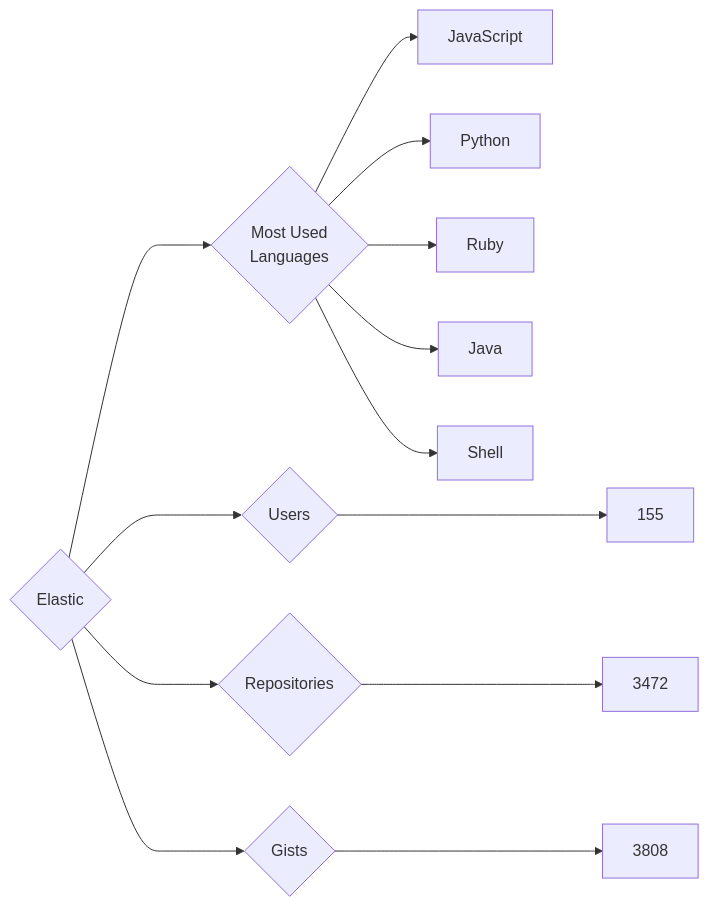
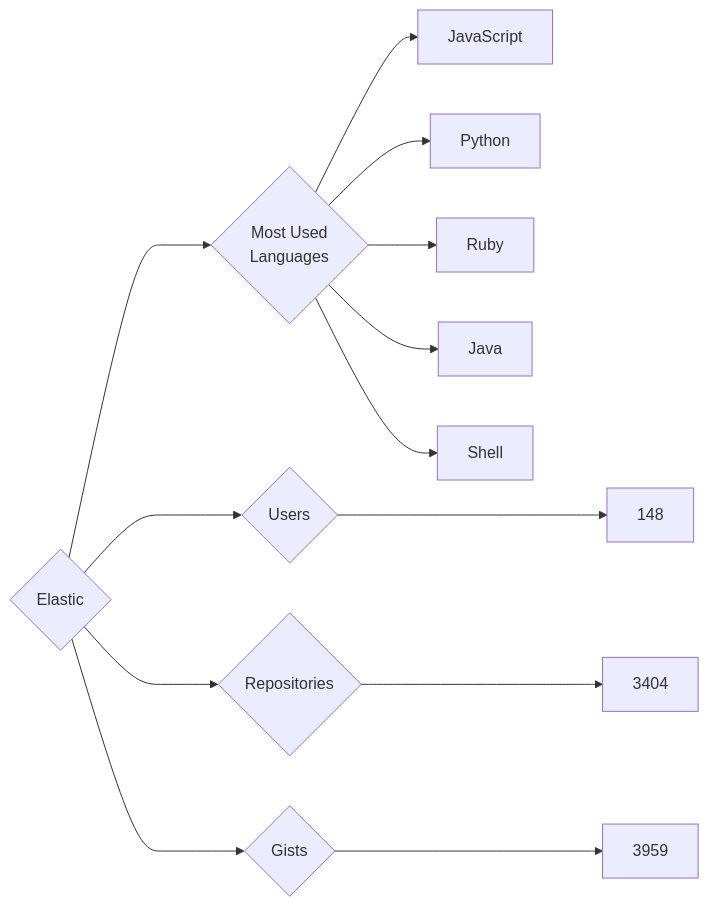
Before and after one commit to trickest/insiders: the diagram in targets/Elastic/README.md, drawn with Mermaid. The commit also changed 679 other files, not shown here.

````diff
--- a/targets/Elastic/README.md
+++ b/targets/Elastic/README.md
@@ -3,13 +3,13 @@
 ```mermaid
 graph LR
 COMPANY_NAME{Elastic}
-COMPANY_NAME ---> U{Users} ---> UN[155]
-COMPANY_NAME ---> R{Repositories} ---> RN[3472]
-COMPANY_NAME ---> G{Gists} ---> GN[3808]
+COMPANY_NAME ---> U{Users} ---> UN[148]
+COMPANY_NAME ---> R{Repositories} ---> RN[3404]
+COMPANY_NAME ---> G{Gists} ---> GN[3959]
 COMPANY_NAME ---> ML{Most Used<br>Languages}
 ML --> JavaScript[JavaScript]
 ML --> Python[Python]
 ML --> Ruby[Ruby]
 ML --> Java[Java]
 ML --> Shell[Shell]
 ```
````
